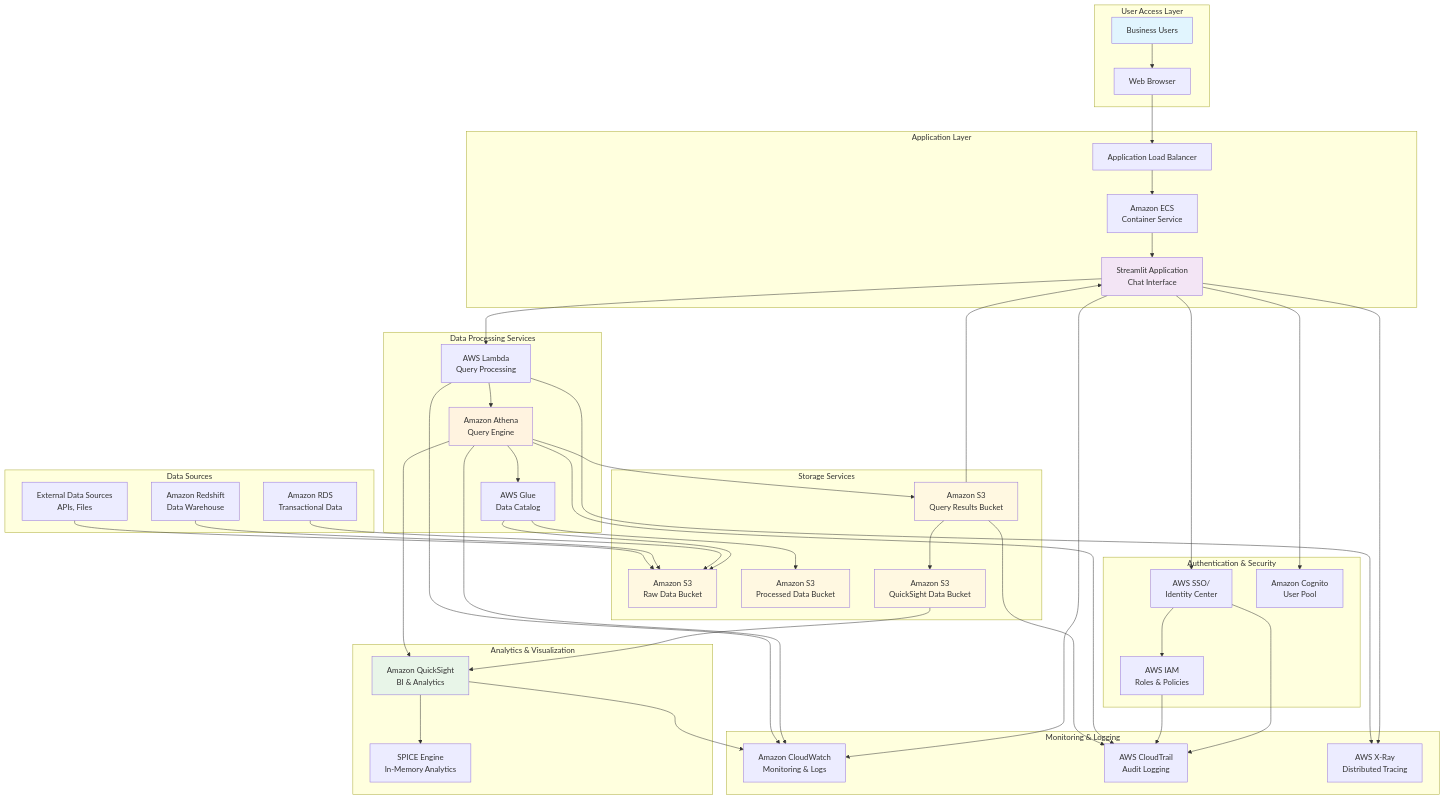
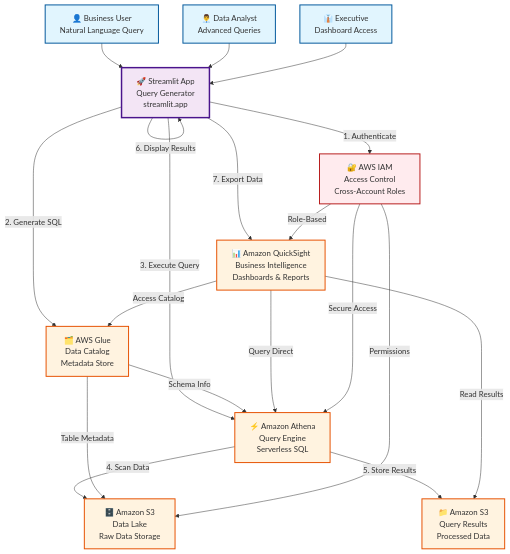
The first of 5 diagrams in aws_architecture_diagram.md (daleh8009/athena-query-demo), drawn with Mermaid before and after one commit. The commit also changed other lines of this file and 29 other files, not shown here.

Commit message:
Fix streamlit app deployment issues

````diff
--- a/aws_architecture_diagram.md
+++ b/aws_architecture_diagram.md
@@ -5,108 +5,59 @@
 ```mermaid
 graph TB
-    subgraph "User Access Layer"
-        USER[Business Users]
-        BROWSER[Web Browser]
-    end
+    %% Users and Access
+    BU[👤 Business User<br/>Natural Language Query]
+    DA[👨‍💼 Data Analyst<br/>Advanced Queries]
+    EX[👔 Executive<br/>Dashboard Access]
     
-    subgraph "Application Layer"
-        STREAMLIT[Streamlit Application<br/>Chat Interface]
-        ALB[Application Load Balancer]
-        ECS[Amazon ECS<br/>Container Service]
-    end
+    %% Streamlit Application
+    ST[🚀 Streamlit App<br/>Query Generator<br/>streamlit.app]
     
-    subgraph "Authentication & Security"
-        SSO[AWS SSO/<br/>Identity Center]
-        IAM[AWS IAM<br/>Roles & Policies]
-        COGNITO[Amazon Cognito<br/>User Pool]
-    end
+    %% AWS Services
+    ATH[⚡ Amazon Athena<br/>Query Engine<br/>Serverless SQL]
+    GLU[🗂️ AWS Glue<br/>Data Catalog<br/>Metadata Store]
+    S3D[🗄️ Amazon S3<br/>Data Lake<br/>Raw Data Storage]
+    S3R[📁 Amazon S3<br/>Query Results<br/>Processed Data]
+    QS[📊 Amazon QuickSight<br/>Business Intelligence<br/>Dashboards & Reports]
     
-    subgraph "Data Processing Services"
-        ATHENA[Amazon Athena<br/>Query Engine]
-        GLUE[AWS Glue<br/>Data Catalog]
-        LAMBDA[AWS Lambda<br/>Query Processing]
-    end
-    
-    subgraph "Storage Services"
-        S3_RAW[Amazon S3<br/>Raw Data Bucket]
-        S3_PROCESSED[Amazon S3<br/>Processed Data Bucket]
-        S3_RESULTS[Amazon S3<br/>Query Results Bucket]
-        S3_QS[Amazon S3<br/>QuickSight Data Bucket]
-    end
-    
-    subgraph "Analytics & Visualization"
-        QUICKSIGHT[Amazon QuickSight<br/>BI & Analytics]
-        SPICE[SPICE Engine<br/>In-Memory Analytics]
-    end
-    
-    subgraph "Monitoring & Logging"
-        CLOUDWATCH[Amazon CloudWatch<br/>Monitoring & Logs]
-        CLOUDTRAIL[AWS CloudTrail<br/>Audit Logging]
-        XRAY[AWS X-Ray<br/>Distributed Tracing]
-    end
-    
-    subgraph "Data Sources"
-        RDS[Amazon RDS<br/>Transactional Data]
-        REDSHIFT[Amazon Redshift<br/>Data Warehouse]
-        EXTERNAL[External Data Sources<br/>APIs, Files]
-    end
+    %% IAM and Security
+    IAM[🔐 AWS IAM<br/>Access Control<br/>Cross-Account Roles]
     
     %% User Flow
-    USER --> BROWSER
-    BROWSER --> ALB
-    ALB --> ECS
-    ECS --> STREAMLIT
+    BU --> ST
+    DA --> ST
+    EX --> ST
     
-    %% Authentication Flow
-    STREAMLIT --> SSO
-    SSO --> IAM
-    STREAMLIT --> COGNITO
+    %% Application Flow
+    ST -->|1. Authenticate| IAM
+    ST -->|2. Generate SQL| GLU
+    ST -->|3. Execute Query| ATH
+    ATH -->|4. Scan Data| S3D
+    ATH -->|5. Store Results| S3R
+    ST -->|6. Display Results| ST
+    ST -->|7. Export Data| QS
     
-    %% Query Processing Flow
-    STREAMLIT --> LAMBDA
-    LAMBDA --> ATHENA
-    ATHENA --> GLUE
-    GLUE --> S3_RAW
-    GLUE --> S3_PROCESSED
-    
-    %% Data Sources to Storage
-    RDS --> S3_RAW
-    REDSHIFT --> S3_RAW
-    EXTERNAL --> S3_RAW
-    
-    %% Query Results Flow
-    ATHENA --> S3_RESULTS
-    S3_RESULTS --> STREAMLIT
-    S3_RESULTS --> S3_QS
+    %% Data Catalog Integration
+    GLU -->|Schema Info| ATH
+    GLU -->|Table Metadata| S3D
     
     %% QuickSight Integration
-    S3_QS --> QUICKSIGHT
-    QUICKSIGHT --> SPICE
-    ATHENA --> QUICKSIGHT
+    QS -->|Read Results| S3R
+    QS -->|Query Direct| ATH
+    QS -->|Access Catalog| GLU
     
-    %% Monitoring
-    STREAMLIT --> CLOUDWATCH
-    ATHENA --> CLOUDWATCH
-    LAMBDA --> CLOUDWATCH
-    QUICKSIGHT --> CLOUDWATCH
-    
-    %% Audit Logging
-    SSO --> CLOUDTRAIL
-    IAM --> CLOUDTRAIL
-    ATHENA --> CLOUDTRAIL
-    S3_RESULTS --> CLOUDTRAIL
-    
-    %% Distributed Tracing
-    STREAMLIT --> XRAY
-    LAMBDA --> XRAY
+    %% Security Layer
+    IAM -->|Secure Access| ATH
+    IAM -->|Permissions| S3D
+    IAM -->|Role-Based| QS
     
     %% Styling
-    style USER fill:#e1f5fe
-    style STREAMLIT fill:#f3e5f5
-    style ATHENA fill:#fff3e0
-    style QUICKSIGHT fill:#e8f5e8
-    style S3_RAW fill:#fff8e1
-    style S3_PROCESSED fill:#fff8e1
-    style S3_RESULTS fill:#fff8e1
-    style S3_QS fill:#fff8e1
+    classDef userClass fill:#e1f5fe,stroke:#01579b,stroke-width:2px
+    classDef appClass fill:#f3e5f5,stroke:#4a148c,stroke-width:3px
+    classDef awsClass fill:#fff3e0,stroke:#e65100,stroke-width:2px
+    classDef securityClass fill:#ffebee,stroke:#b71c1c,stroke-width:2px
+    
+    class BU,DA,EX userClass
+    class ST appClass
+    class ATH,GLU,S3D,S3R,QS awsClass
+    class IAM securityClass
 ```
````
